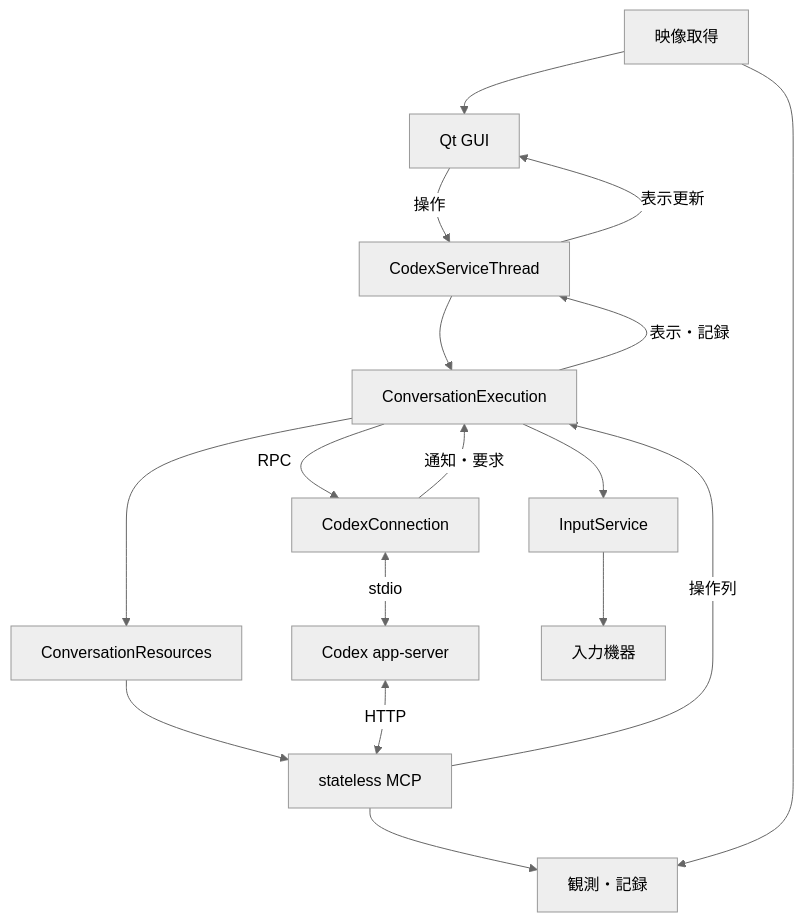
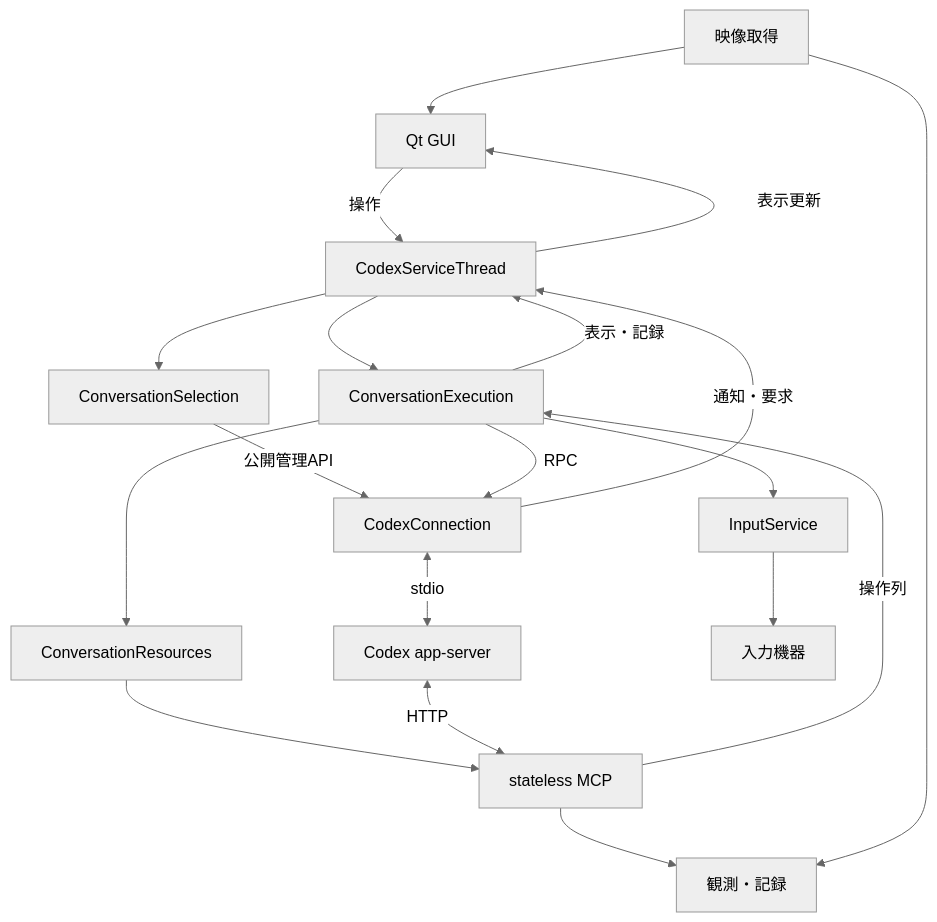
The diagram in spec/initial/02-runtime.md (niart120/Project_Gigas), drawn with Mermaid (neutral theme) before and after one commit. The commit also changed other lines of this file and 13 other files, not shown here.

````diff
--- a/spec/initial/02-runtime.md
+++ b/spec/initial/02-runtime.md
@@ -11,19 +11,21 @@
 ```mermaid
 flowchart TB
   U["Qt GUI"] -->|"操作"| S["CodexServiceThread"]
   S --> E["ConversationExecution"]
+  S --> L["ConversationSelection"]
+  L -->|"公開管理API"| C["CodexConnection"]
   E -->|"RPC"| C["CodexConnection"]
-  C -->|"通知・要求"| E
+  C -->|"通知・要求"| S
   E -->|"表示・記録"| S
   S -->|"表示更新"| U
   E --> R["ConversationResources"]
   R --> M["stateless MCP"]
   M -->|"操作列"| E
   E --> I["InputService"]
   M --> O["観測・記録"]
   C <-->|"stdio"| A["Codex app-server"]
   A <-->|"HTTP"| M
   I --> D["入力機器"]
   V["映像取得"] --> O
   V --> U
 ```
````
